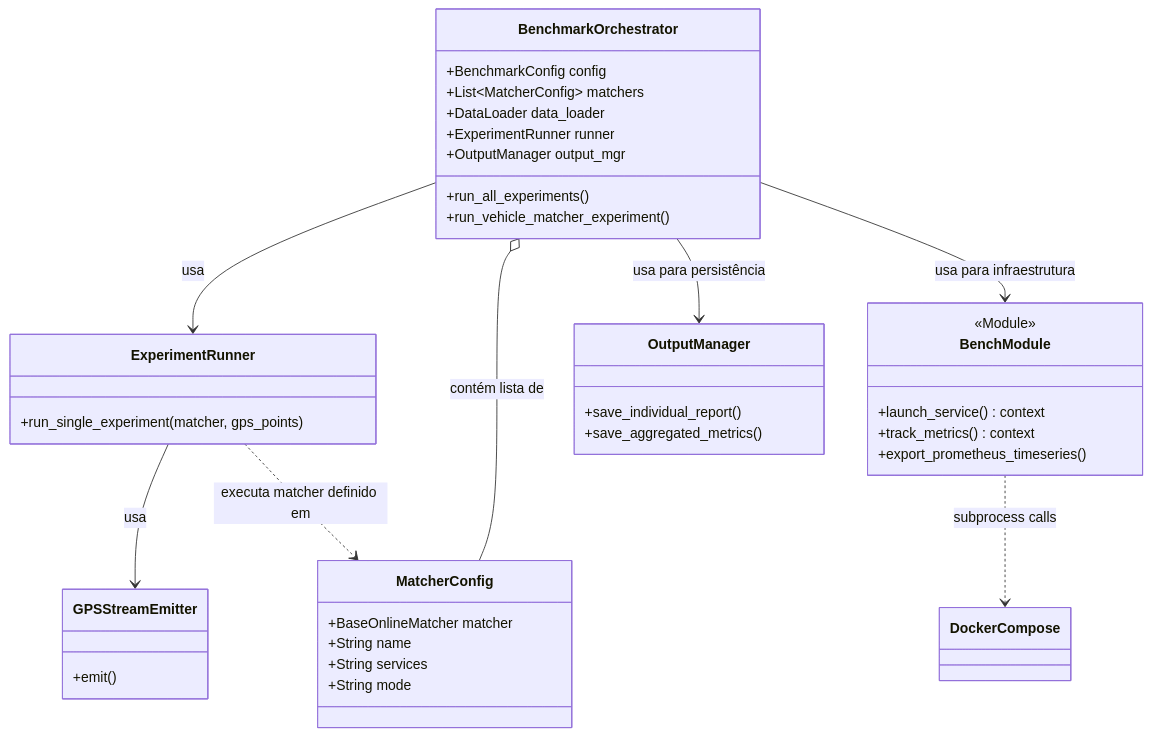
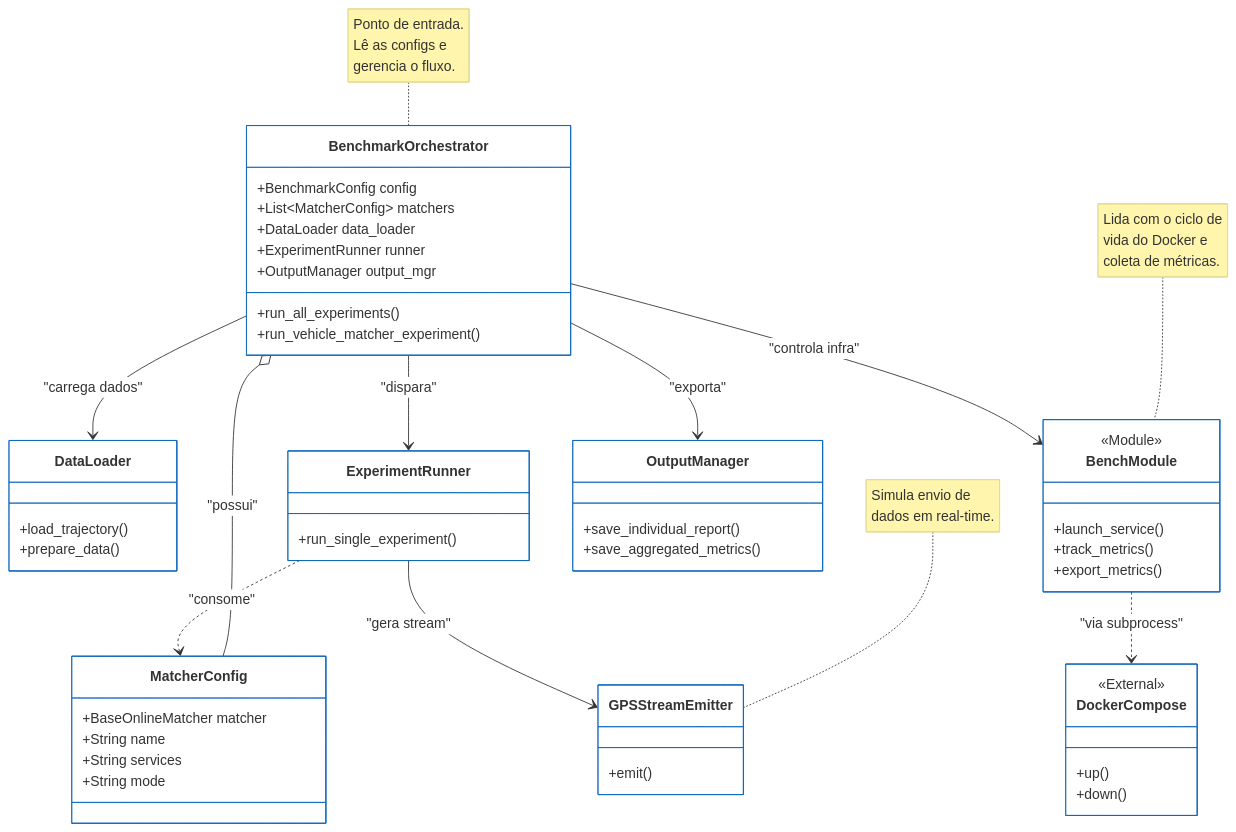
Before and after one commit to JoseEdSouza/map-matching: the second of 6 diagrams in ARQUITETURA.md, drawn with Mermaid. The commit also changed other lines of this file and 2 other files, not shown here.

Commit message:
refactor(gitignore): adiciona regra para ignorar arquivos parciais de métricas refactor(ARQUITETURA.md): atualiza diagramas e legendas para melhor clareza e legibilidade fix(uv.lock): atualiza referência da biblioteca mmlib para o commit mais recente

````diff
--- a/ARQUITETURA.md
+++ b/ARQUITETURA.md
@@ -97,5 +120,23 @@
 ```mermaid
+%%{init: { 'theme': 'base', 'themeVariables': {
+    'primaryColor': '#ffffff',
+    'primaryBorderColor': '#1168bd',
+    'lineColor': '#333333',
+    'tertiaryColor': '#f4f4f4',
+    'fontFamily': 'arial'
+} } }%%
+
 classDiagram
+    direction TB
+
+    %% --- Styling ---
+    classDef core fill:#e1f5fe,stroke:#01579b,stroke-width:2px;
+    classDef infra fill:#f5f5f5,stroke:#9e9e9e,stroke-width:2px;
+    classDef storage fill:#fff9c4,stroke:#fbc02d,stroke-width:2px;
+    classDef config fill:#ffffff,stroke:#333,stroke-dasharray: 5 5;
+
+    %% --- Hierarquia Vertical ---
+
     class BenchmarkOrchestrator {
         +BenchmarkConfig config
         +List~MatcherConfig~ matchers
@@ -105,21 +146,7 @@
         +run_all_experiments()
         +run_vehicle_matcher_experiment()
     }
-
-    class ExperimentRunner {
-        +run_single_experiment(matcher, gps_points)
-    }
-
-    class GPSStreamEmitter {
-        +emit()
-    }
-
-    class BenchModule {
-        <<Module>>
-        +launch_service() context
-        +track_metrics() context
-        +export_prometheus_timeseries()
-    }
+    class BenchmarkOrchestrator:::core
 
     class MatcherConfig {
         +BaseOnlineMatcher matcher
@@ -127,17 +154,61 @@
         +String services
         +String mode
     }
+    class MatcherConfig:::config
+
+    class DataLoader {
+        +load_trajectory()
+        +prepare_data()
+    }
+    class DataLoader:::core
+
+    class ExperimentRunner {
+        +run_single_experiment()
+    }
+    class ExperimentRunner:::core
+
+    class GPSStreamEmitter {
+        +emit()
+    }
+    class GPSStreamEmitter:::core
+
+    class BenchModule {
+        <<Module>>
+        +launch_service()
+        +track_metrics()
+        +export_metrics()
+    }
+    class BenchModule:::infra
+
+    class DockerCompose {
+        <<External>>
+        +up()
+        +down()
+    }
+    class DockerCompose:::infra
 
     class OutputManager {
         +save_individual_report()
         +save_aggregated_metrics()
     }
+    class OutputManager:::storage
 
-    BenchmarkOrchestrator --> ExperimentRunner : usa
-    BenchmarkOrchestrator --> BenchModule : usa para infraestrutura
-    BenchmarkOrchestrator --> OutputManager : usa para persistência
-    BenchmarkOrchestrator o-- MatcherConfig : contém lista de
-    ExperimentRunner --> GPSStreamEmitter : usa
-    ExperimentRunner ..> MatcherConfig : executa matcher definido em
-    BenchModule ..> DockerCompose : subprocess calls
+    %% --- Relationships (Ordenados para forçar verticalidade) ---
+    
+    BenchmarkOrchestrator o-- MatcherConfig : "possui"
+    BenchmarkOrchestrator --> DataLoader : "carrega dados"
+    
+    BenchmarkOrchestrator --> ExperimentRunner : "dispara"
+    ExperimentRunner --> GPSStreamEmitter : "gera stream"
+    ExperimentRunner ..> MatcherConfig : "consome"
+
+    BenchmarkOrchestrator --> BenchModule : "controla infra"
+    BenchModule ..> DockerCompose : "via subprocess"
+
+    BenchmarkOrchestrator --> OutputManager : "exporta"
+
+    %% --- Notas Estreitas ---
+    note for BenchmarkOrchestrator "Ponto de entrada.<br/>Lê as configs e<br/>gerencia o fluxo."
+    note for BenchModule "Lida com o ciclo de<br/>vida do Docker e<br/>coleta de métricas."
+    note for GPSStreamEmitter "Simula envio de<br/>dados em real-time."
 ```
````
